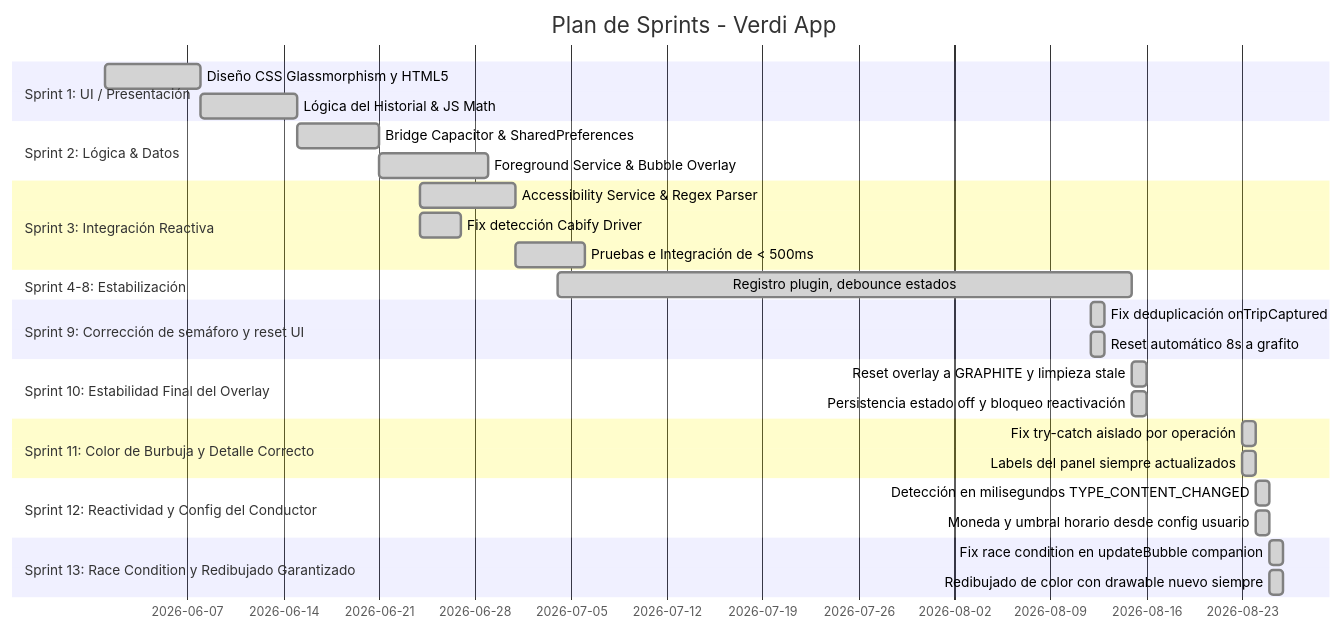
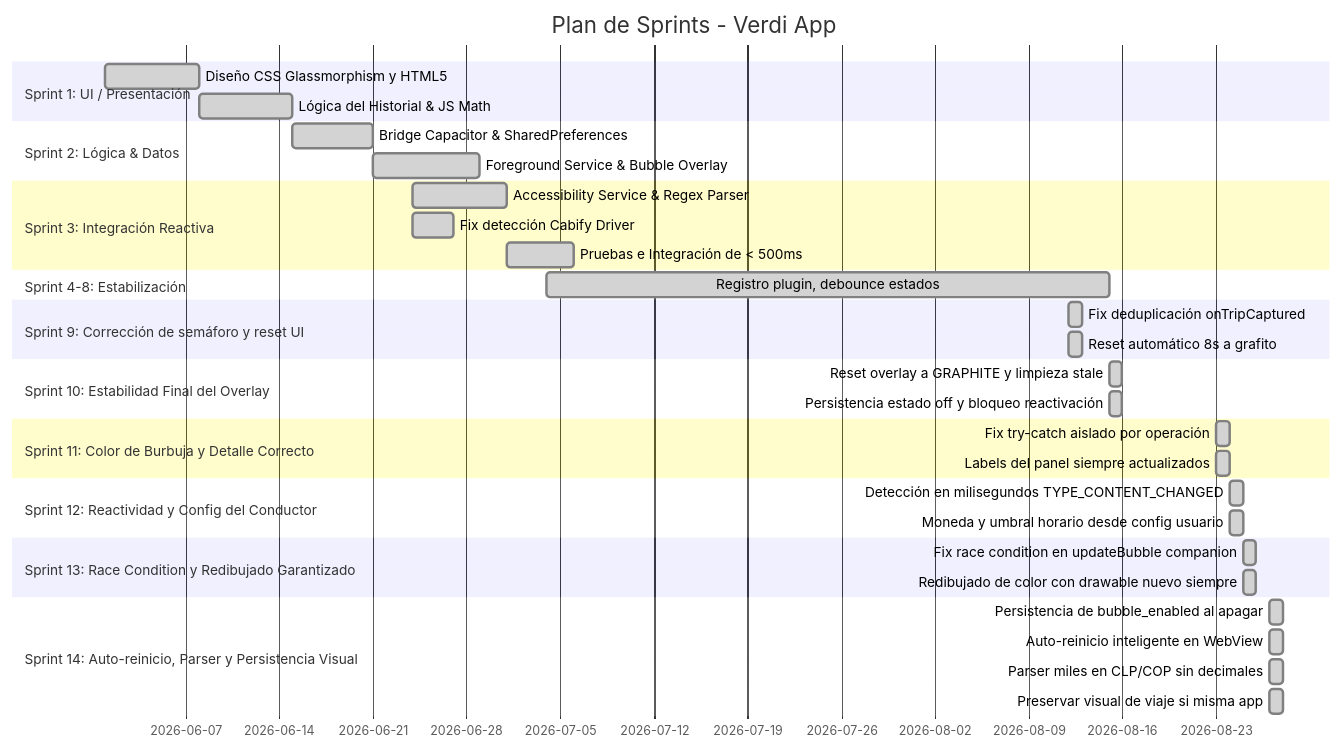
The second of 2 diagrams in README.md (JorgeFreire95/Verdi), drawn with Mermaid before and after one commit. The commit also changed other lines of this file and 5 other files, not shown here.

````diff
--- a/README.md
+++ b/README.md
@@ -86,32 +86,37 @@
 ```mermaid
 gantt
     title Plan de Sprints - Verdi App
     dateFormat  YYYY-MM-DD
     section Sprint 1: UI / Presentación
     Diseño CSS Glassmorphism y HTML5    :done, s1, 2026-06-01, 7d
     Lógica del Historial & JS Math      :done, s2, after s1, 7d
     section Sprint 2: Lógica & Datos
     Bridge Capacitor & SharedPreferences :done, s3, 2026-06-15, 6d
     Foreground Service & Bubble Overlay  :done, s4, after s3, 8d
     section Sprint 3: Integración Reactiva
     Accessibility Service & Regex Parser :done, s5, 2026-06-24, 7d
     Fix detección Cabify Driver          :done, s6, 2026-06-24, 3d
     Pruebas e Integración de < 500ms     :done, s7, after s5, 5d
     section Sprint 4-8: Estabilización
     Registro plugin, debounce estados    :done, s8, 2026-07-04, 42d
     section Sprint 9: Corrección de semáforo y reset UI
     Fix deduplicación onTripCaptured     :done, s9, 2026-08-12, 1d
     Reset automático 8s a grafito        :done, s10, 2026-08-12, 1d
     section Sprint 10: Estabilidad Final del Overlay
     Reset overlay a GRAPHITE y limpieza stale :done, s11, 2026-08-15, 1d
     Persistencia estado off y bloqueo reactivación :done, s12, 2026-08-15, 1d
     section Sprint 11: Color de Burbuja y Detalle Correcto
     Fix try-catch aislado por operación     :done, s13, 2026-08-23, 1d
     Labels del panel siempre actualizados   :done, s14, 2026-08-23, 1d
     section Sprint 12: Reactividad y Config del Conductor
     Detección en milisegundos TYPE_CONTENT_CHANGED :done, s15, 2026-08-24, 1d
     Moneda y umbral horario desde config usuario   :done, s16, 2026-08-24, 1d
     section Sprint 13: Race Condition y Redibujado Garantizado
     Fix race condition en updateBubble companion   :done, s17, 2026-08-25, 1d
     Redibujado de color con drawable nuevo siempre :done, s18, 2026-08-25, 1d
+    section Sprint 14: Auto-reinicio, Parser y Persistencia Visual
+    Persistencia de bubble_enabled al apagar    :done, s19, 2026-08-27, 1d
+    Auto-reinicio inteligente en WebView        :done, s20, 2026-08-27, 1d
+    Parser miles en CLP/COP sin decimales       :done, s21, 2026-08-27, 1d
+    Preservar visual de viaje si misma app      :done, s22, 2026-08-27, 1d
 ```
````
